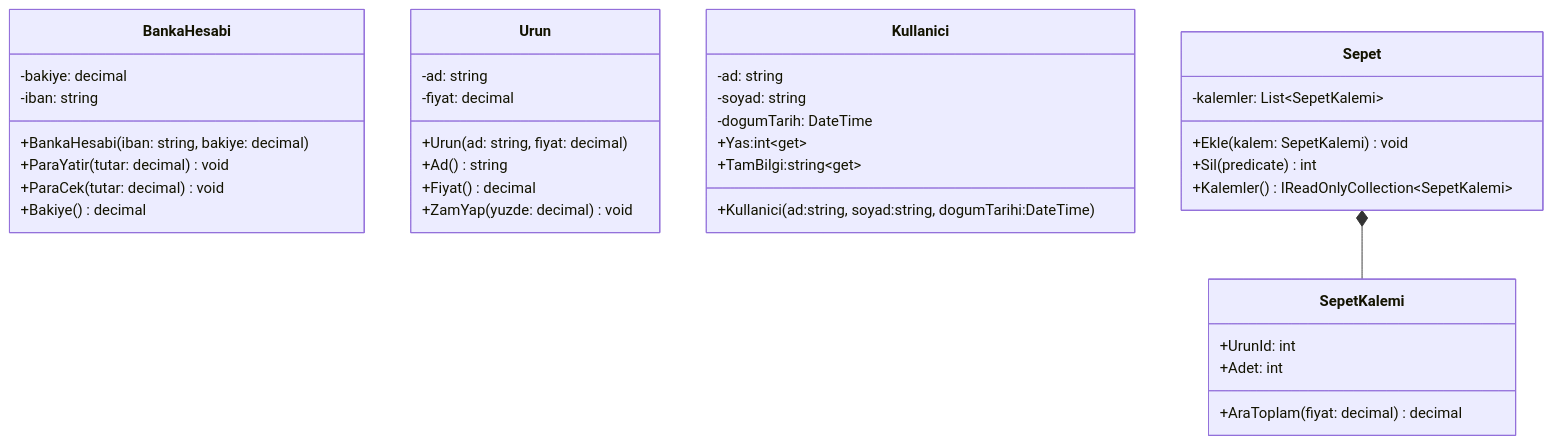
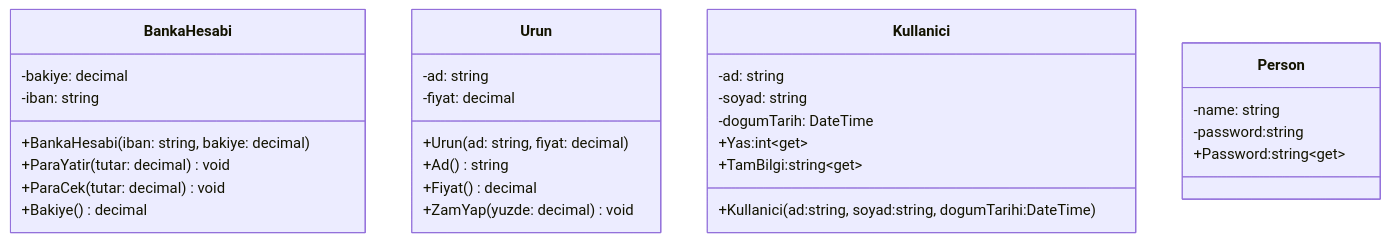
The diagram in Hafta03/README.md (ibrahimayaz/Nesne-Yonelimli-Programlama-2025), drawn with Mermaid before and after one commit. The commit also changed other lines of this file and 2 other files, not shown here.

````diff
--- a/Hafta03/README.md
+++ b/Hafta03/README.md
@@ -10,44 +10,37 @@
 ```mermaid
 classDiagram
     class BankaHesabi {
       -bakiye: decimal
       -iban: string
       +BankaHesabi(iban: string, bakiye: decimal)
       +ParaYatir(tutar: decimal) void
       +ParaCek(tutar: decimal) void
       +Bakiye() decimal
     }
 
     class Urun {
       -ad: string
       -fiyat: decimal
       +Urun(ad: string, fiyat: decimal)
       +Ad() string
       +Fiyat() decimal
       +ZamYap(yuzde: decimal) void
     }
 
     class Kullanici {
       -ad: string
       -soyad: string
       -dogumTarih: DateTime
       +Yas:int~get~
       +TamBilgi:string~get~
       +Kullanici(ad:string, soyad:string, dogumTarihi:DateTime)
     }
+ 
+
+    class Person {
+      -name: string
+      -password:string
+      +Password:string~get~
+    }
     
-
-    class SepetKalemi {
-      +UrunId: int
-      +Adet: int
-      +AraToplam(fiyat: decimal) decimal
-    }
-
-    class Sepet {
-      -kalemler: List~SepetKalemi~
-      +Ekle(kalem: SepetKalemi) void
-      +Sil(predicate) int
-      +Kalemler() IReadOnlyCollection~SepetKalemi~
-    }
-    Sepet *-- SepetKalemi
 ```
````
